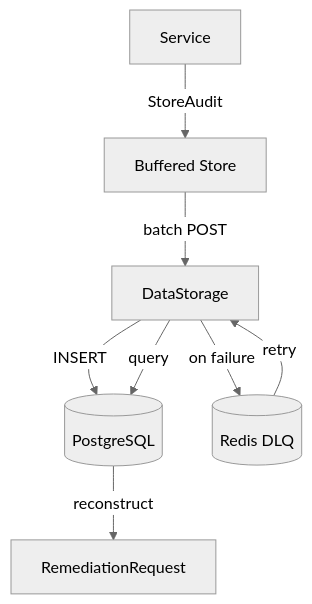
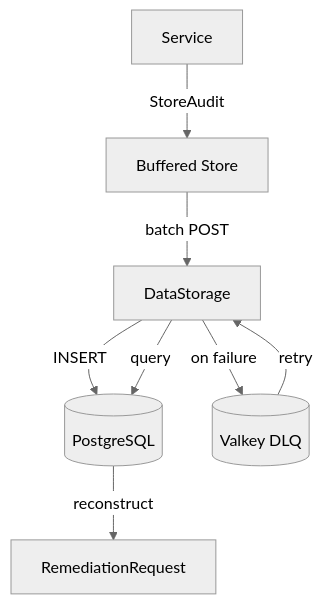
The third of 3 diagrams in docs/architecture/data-persistence.md (jordigilh/kubernaut-docs), drawn with Mermaid (neutral theme) before and after one commit. The commit also changed other lines of this file and 10 other files, not shown here.

First line of the commit message:
docs: update Redis to Valkey, event exporter optional, OCP references

````diff
--- a/docs/architecture/data-persistence.md
+++ b/docs/architecture/data-persistence.md
@@ -257,11 +257,11 @@
 ```mermaid
 graph TD
     S[Service] -->|StoreAudit| BS[Buffered Store]
     BS -->|batch POST| DS[DataStorage]
     DS -->|INSERT| PG[(PostgreSQL)]
-    DS -->|on failure| RD[(Redis DLQ)]
+    DS -->|on failure| RD[(Valkey DLQ)]
     RD -->|retry| DS
 
     DS -->|query| PG
     PG -->|reconstruct| RR[RemediationRequest]
 ```
````
